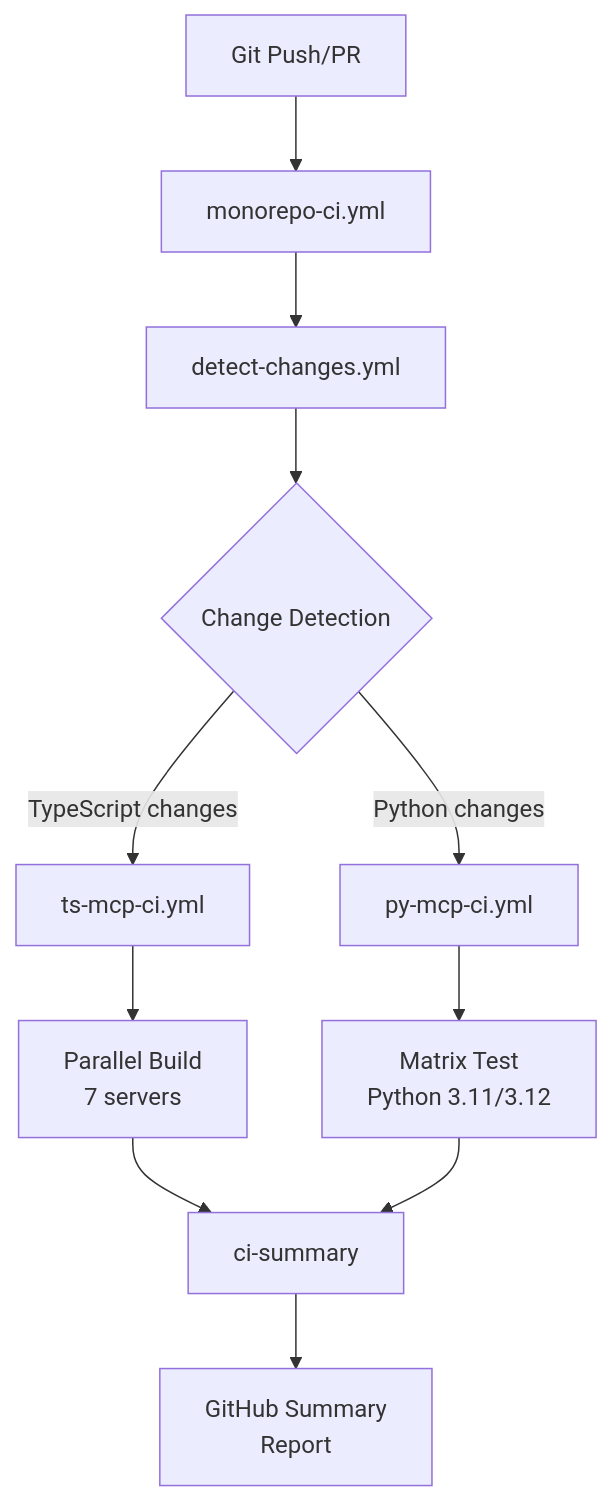
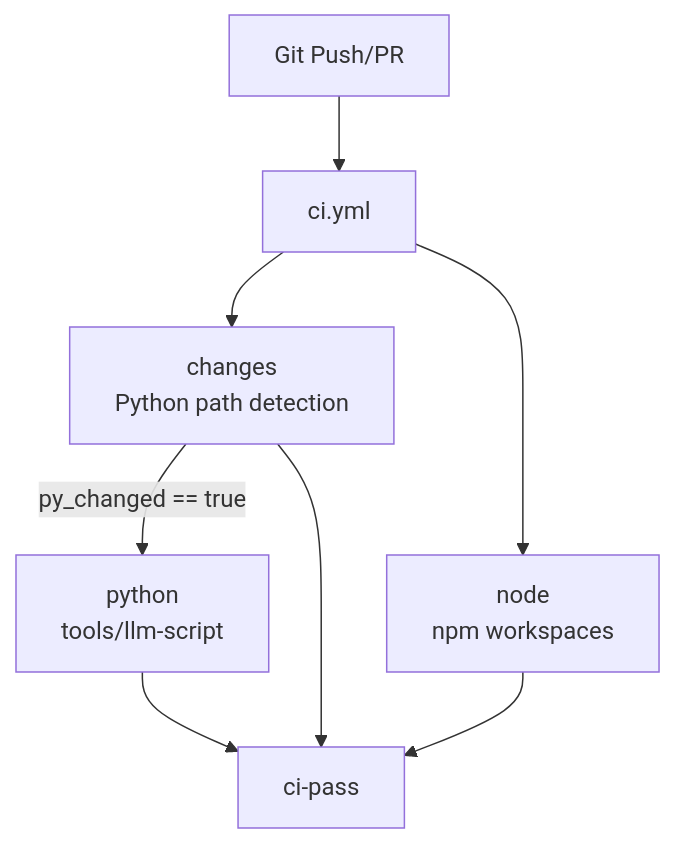
The diagram in docs/ci-cd/architecture.md (take566/mcp_server), drawn with Mermaid before and after one commit. The commit also changed other lines of this file and 3 other files, not shown here.

````diff
--- a/docs/ci-cd/architecture.md
+++ b/docs/ci-cd/architecture.md
@@ -7,13 +7,10 @@
 ```mermaid
 graph TD
-    A[Git Push/PR] --> B[monorepo-ci.yml]
-    B --> C[detect-changes.yml]
-    C --> D{Change Detection}
-    D -->|TypeScript changes| E[ts-mcp-ci.yml]
-    D -->|Python changes| F[py-mcp-ci.yml]
-    E --> G[Parallel Build<br/>7 servers]
-    F --> H[Matrix Test<br/>Python 3.11/3.12]
-    G --> I[ci-summary]
-    H --> I
-    I --> J[GitHub Summary<br/>Report]
+    A[Git Push/PR] --> B[ci.yml]
+    B --> C[changes<br/>Python path detection]
+    B --> D[node<br/>npm workspaces]
+    C -->|py_changed == true| E[python<br/>tools/llm-script]
+    C --> F[ci-pass]
+    D --> F
+    E --> F
 ```
````
